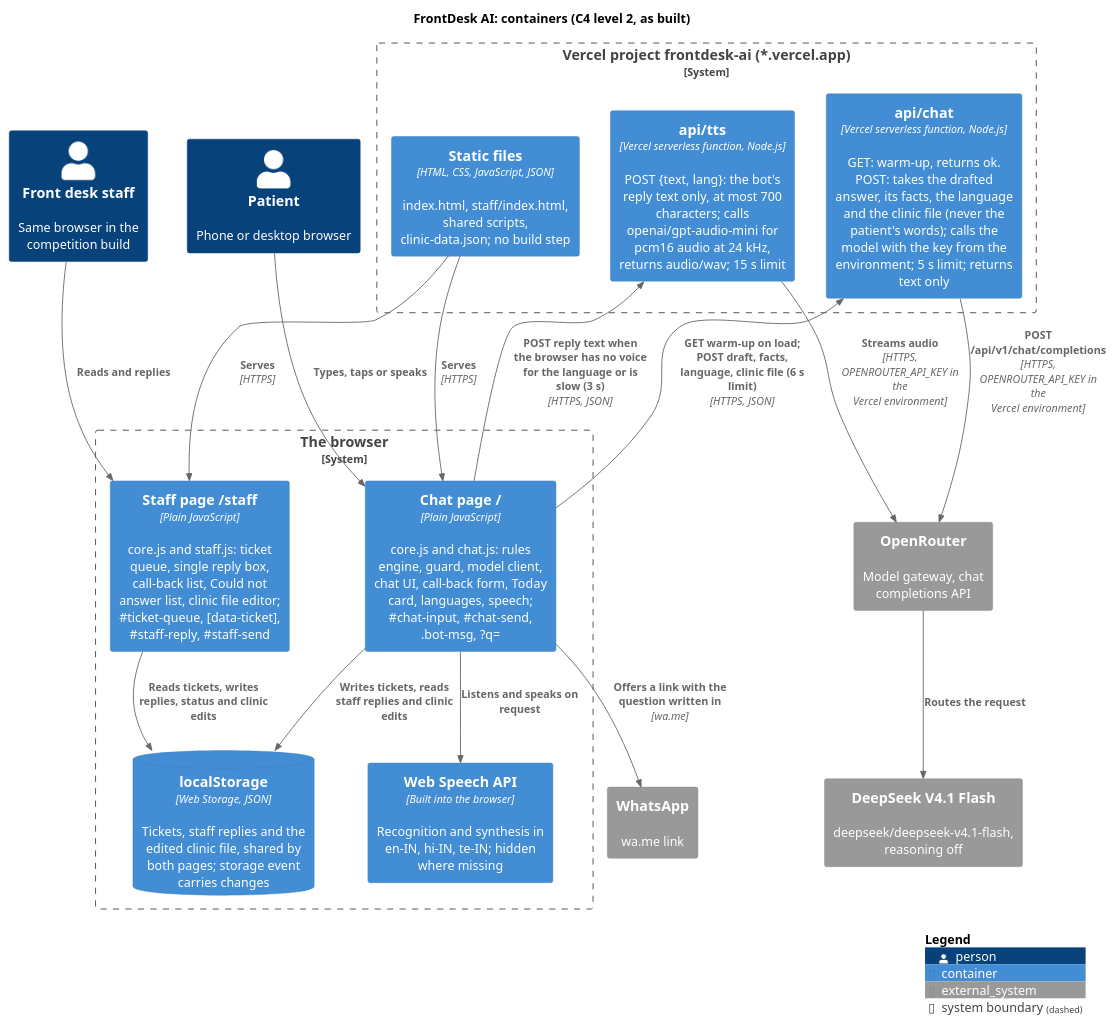
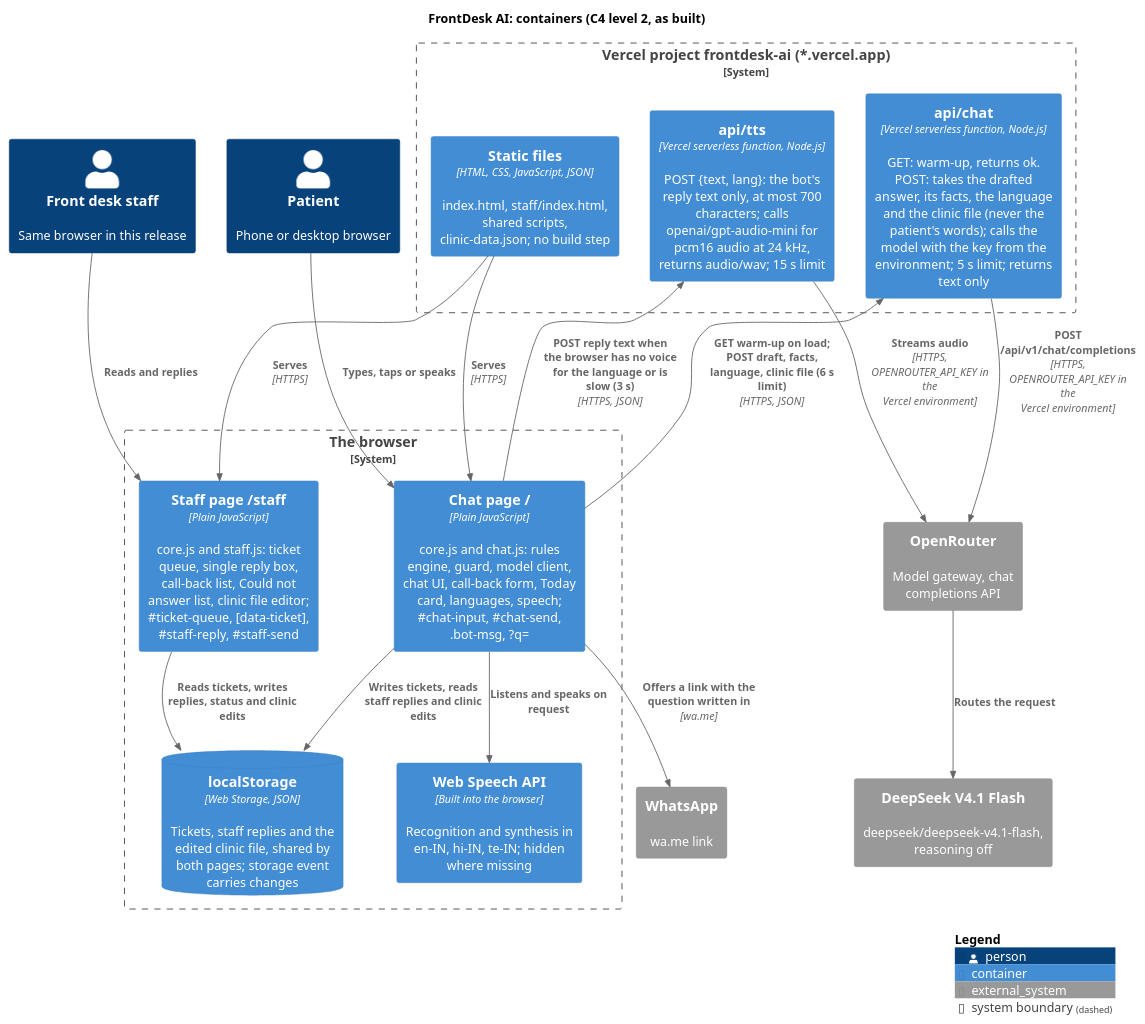
The diagram in docs/diagrams/c4-container.puml (karwasanjay007/frontdesk-ai-docs), drawn with PlantUML before and after one commit. The commit also changed 26 other files, not shown here.

```diff
--- a/docs/diagrams/c4-container.puml
+++ b/docs/diagrams/c4-container.puml
@@ -1,39 +1,39 @@
 @startuml c4-container
 !include <C4/C4_Container>
 title FrontDesk AI: containers (C4 level 2, as built)
 
 Person(patient, "Patient", "Phone or desktop browser")
-Person(staff, "Front desk staff", "Same browser in the competition build")
+Person(staff, "Front desk staff", "Same browser in this release")
 System_Ext(openrouter, "OpenRouter", "Model gateway, chat completions API")
 System_Ext(deepseek, "DeepSeek V4.1 Flash", "deepseek/deepseek-v4.1-flash, reasoning off")
 System_Ext(whatsapp, "WhatsApp", "wa.me link")
 
 System_Boundary(vercel, "Vercel project frontdesk-ai (*.vercel.app)") {
   Container(static, "Static files", "HTML, CSS, JavaScript, JSON", "index.html, staff/index.html, shared scripts, clinic-data.json; no build step")
   Container(fn, "api/chat", "Vercel serverless function, Node.js", "GET: warm-up, returns ok. POST: takes the drafted answer, its facts, the language and the clinic file (never the patient's words); calls the model with the key from the environment; 5 s limit; returns text only")
   Container(tts, "api/tts", "Vercel serverless function, Node.js", "POST {text, lang}: the bot's reply text only, at most 700 characters; calls openai/gpt-audio-mini for pcm16 audio at 24 kHz, returns audio/wav; 15 s limit")
 }
 
 System_Boundary(browser, "The browser") {
   Container(chat, "Chat page /", "Plain JavaScript", "core.js and chat.js: rules engine, guard, model client, chat UI, call-back form, Today card, languages, speech; #chat-input, #chat-send, .bot-msg, ?q=")
   Container(staffui, "Staff page /staff", "Plain JavaScript", "core.js and staff.js: ticket queue, single reply box, call-back list, Could not answer list, clinic file editor; #ticket-queue, [data-ticket], #staff-reply, #staff-send")
   ContainerDb(ls, "localStorage", "Web Storage, JSON", "Tickets, staff replies and the edited clinic file, shared by both pages; storage event carries changes")
   Container(speech, "Web Speech API", "Built into the browser", "Recognition and synthesis in en-IN, hi-IN, te-IN; hidden where missing")
 }
 
 Rel(patient, chat, "Types, taps or speaks")
 Rel(staff, staffui, "Reads and replies")
 Rel(static, chat, "Serves", "HTTPS")
 Rel(static, staffui, "Serves", "HTTPS")
 Rel(chat, fn, "GET warm-up on load; POST draft, facts, language, clinic file (6 s limit)", "HTTPS, JSON")
 Rel(fn, openrouter, "POST /api/v1/chat/completions", "HTTPS, OPENROUTER_API_KEY in the Vercel environment")
 Rel(chat, tts, "POST reply text when the browser has no voice for the language or is slow (3 s)", "HTTPS, JSON")
 Rel(tts, openrouter, "Streams audio", "HTTPS, OPENROUTER_API_KEY in the Vercel environment")
 Rel(openrouter, deepseek, "Routes the request")
 Rel(chat, ls, "Writes tickets, reads staff replies and clinic edits")
 Rel(staffui, ls, "Reads tickets, writes replies, status and clinic edits")
 Rel(chat, speech, "Listens and speaks on request")
 Rel(chat, whatsapp, "Offers a link with the question written in", "wa.me")
 
 SHOW_LEGEND()
 @enduml
```
